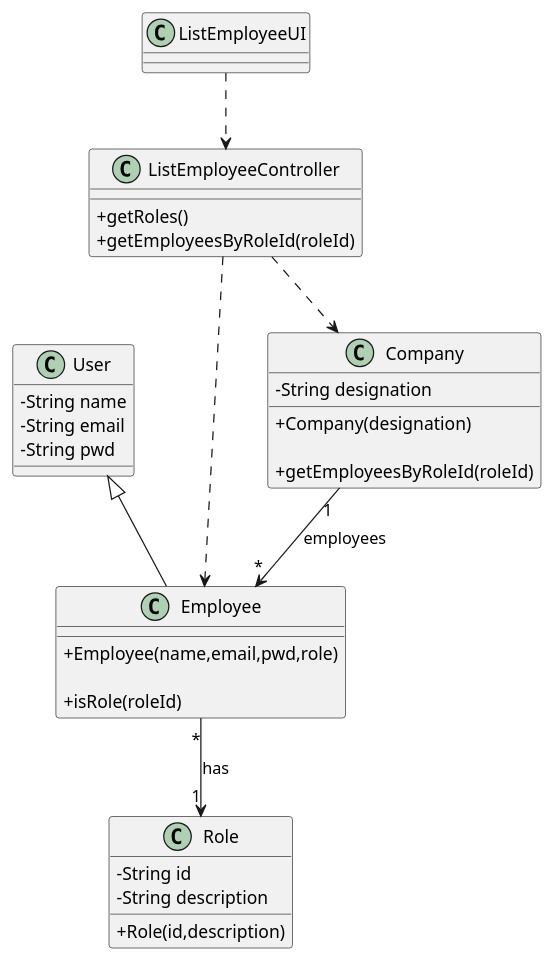
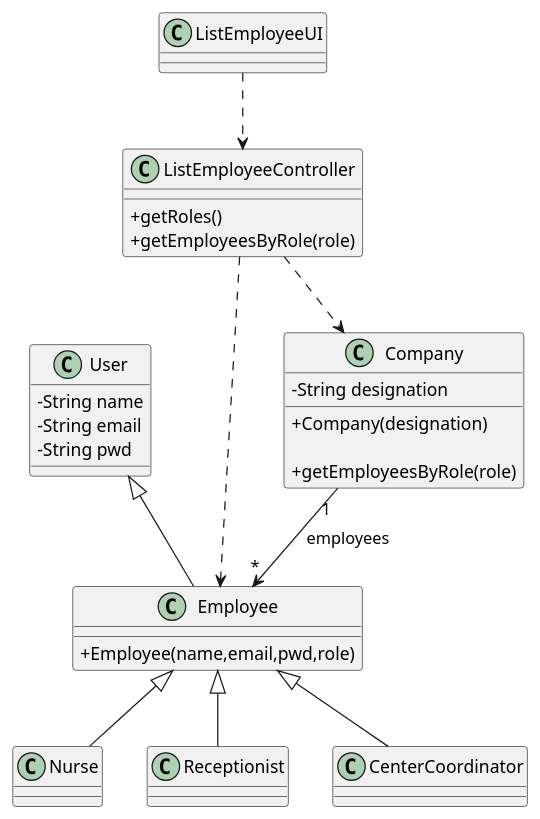
One commit to miseEnPlace-i/lapr2 changed the diagram in docs/SprintB/US11/CD/US11_CD.puml. Above: the diagram before and after it, drawn with PlantUML. The commit also changed 7 other files, not shown here.

```diff
--- a/docs/SprintB/US11/CD/US11_CD.puml
+++ b/docs/SprintB/US11/CD/US11_CD.puml
@@ -1,45 +1,45 @@
 @startuml
 skinparam classAttributeIconSize 0
 
 class User {
   - String name
   - String email
   - String pwd
 }
 
 class Employee {
   +Employee(name,email,pwd,role)
-
-  +isRole(roleId)
-}
-
-class Role {
-  -String id
-  -String description
-
-  +Role(id,description)
 }
 
 class Company {
   -String designation
   +Company(designation)
 
-  +getEmployeesByRoleId(roleId)
+  +getEmployeesByRole(role)
 }
 
 class ListEmployeeController {
   +getRoles()
-  +getEmployeesByRoleId(roleId)
+  +getEmployeesByRole(role)
 }
 
 class ListEmployeeUI {}
 
+class Nurse {}
+
+class Receptionist {}
+
+class CenterCoordinator {}
+
 ListEmployeeUI ..> ListEmployeeController
 ListEmployeeController ..> Employee
 ListEmployeeController ..> Company
-Employee "*" --> "1" Role : has
 Company "1" --> "*" Employee : employees
 
 User <|-- Employee 
 
+Employee <|-- Nurse
+Employee <|-- Receptionist
+Employee <|-- CenterCoordinator
+
 @enduml
```
